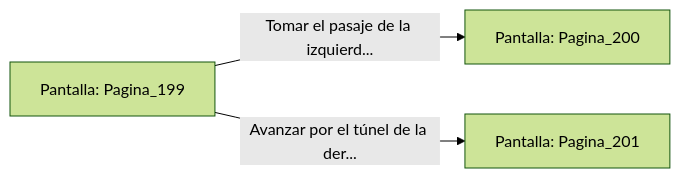
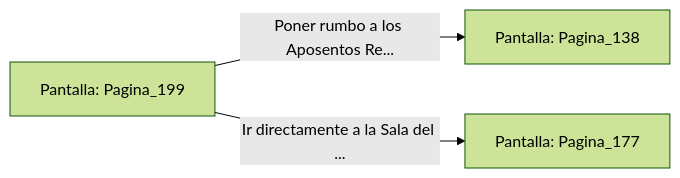
The diagram in sample/eligejuego-vault/Pantalla_Pagina_199.md (metsuke/mpl), drawn with Mermaid (forest theme) before and after one commit. The commit also changed other lines of this file and 635 other files, not shown here.

First line of the commit message:
fix: añadir Pagina_1 como pantalla inicial en capitulo_01.mpl

````diff
--- a/sample/eligejuego-vault/Pantalla_Pagina_199.md
+++ b/sample/eligejuego-vault/Pantalla_Pagina_199.md
@@ -20,6 +24,6 @@
 ```mermaid
 graph LR
     P_Pagina_199["Pantalla: Pagina_199"]
-    P_Pagina_199 -->|"Tomar el pasaje de la izquierd..."| P_Pagina_200["Pantalla: Pagina_200"]
-    P_Pagina_199 -->|"Avanzar por el túnel de la der..."| P_Pagina_201["Pantalla: Pagina_201"]
+    P_Pagina_199 -->|"Poner rumbo a los Aposentos Re..."| P_Pagina_138["Pantalla: Pagina_138"]
+    P_Pagina_199 -->|"Ir directamente a la Sala del ..."| P_Pagina_177["Pantalla: Pagina_177"]
 ```
````
